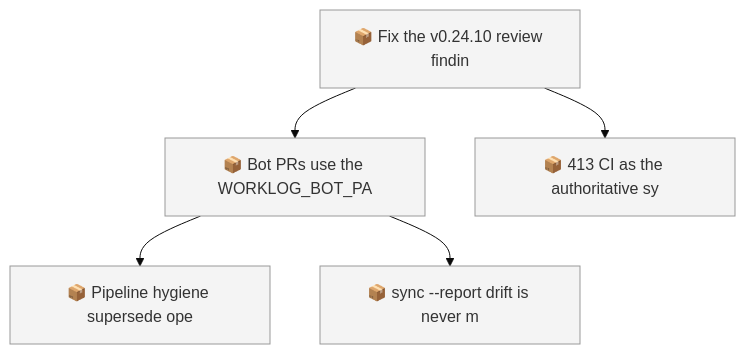
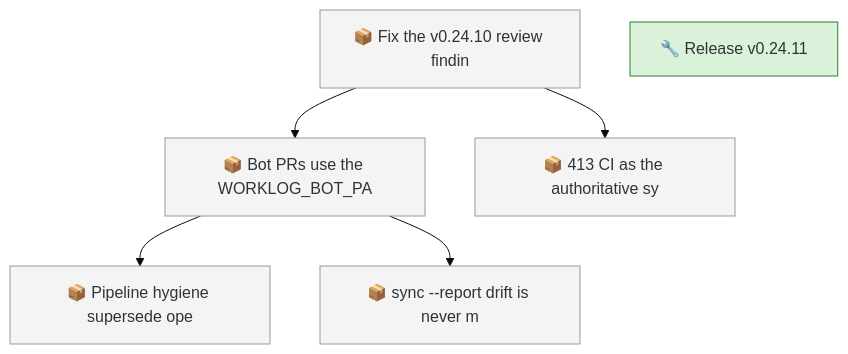
Before and after one commit to SpillwaveSolutions/wiki_ticket_sdd: the first of 2 diagrams in docs/roadmap.md, drawn with Mermaid (base theme). The commit also changed other lines of this file and 86 other files, not shown here.

First line of the commit message:
release: v0.24.11 retention stability, marker probe, gate hardening, freshness gate (01M2XJARKTEH7VG74N3M0ZG66S)

````diff
--- a/docs/roadmap.md
+++ b/docs/roadmap.md
@@ -43,14 +47,17 @@
 ```mermaid
 graph TD
     01M2XCWMV0QYM4ZRBWN1V1327B["📦 Fix the v0.24.10 review findin"]
     01M2XCWMVEH3XFP2VPS9JBD6XF["📦 Bot PRs use the WORKLOG_BOT_PA"]
     01M2XCWMVEH3XFP2VPS9JBD6XH["📦 Pipeline hygiene supersede ope"]
     01M2XCWMVEH3XFP2VPS9JBD6XK["📦 sync --report drift is never m"]
     01M2XCWMVEH3XFP2VPS9JBD6XN["📦 413 CI as the authoritative sy"]
+    01M2XJARKTEH7VG74N3M0ZG66S["🔧 Release v0.24.11"]
     01M2XCWMV0QYM4ZRBWN1V1327B --> 01M2XCWMVEH3XFP2VPS9JBD6XF
     01M2XCWMVEH3XFP2VPS9JBD6XF --> 01M2XCWMVEH3XFP2VPS9JBD6XH
     01M2XCWMVEH3XFP2VPS9JBD6XF --> 01M2XCWMVEH3XFP2VPS9JBD6XK
     01M2XCWMV0QYM4ZRBWN1V1327B --> 01M2XCWMVEH3XFP2VPS9JBD6XN
     classDef todo fill:#f4f4f4,stroke:#999999
     class 01M2XCWMV0QYM4ZRBWN1V1327B,01M2XCWMVEH3XFP2VPS9JBD6XF,01M2XCWMVEH3XFP2VPS9JBD6XH,01M2XCWMVEH3XFP2VPS9JBD6XK,01M2XCWMVEH3XFP2VPS9JBD6XN todo
+    classDef in_progress fill:#d9f2d9,stroke:#2e7d32
+    class 01M2XJARKTEH7VG74N3M0ZG66S in_progress
 ```
````
